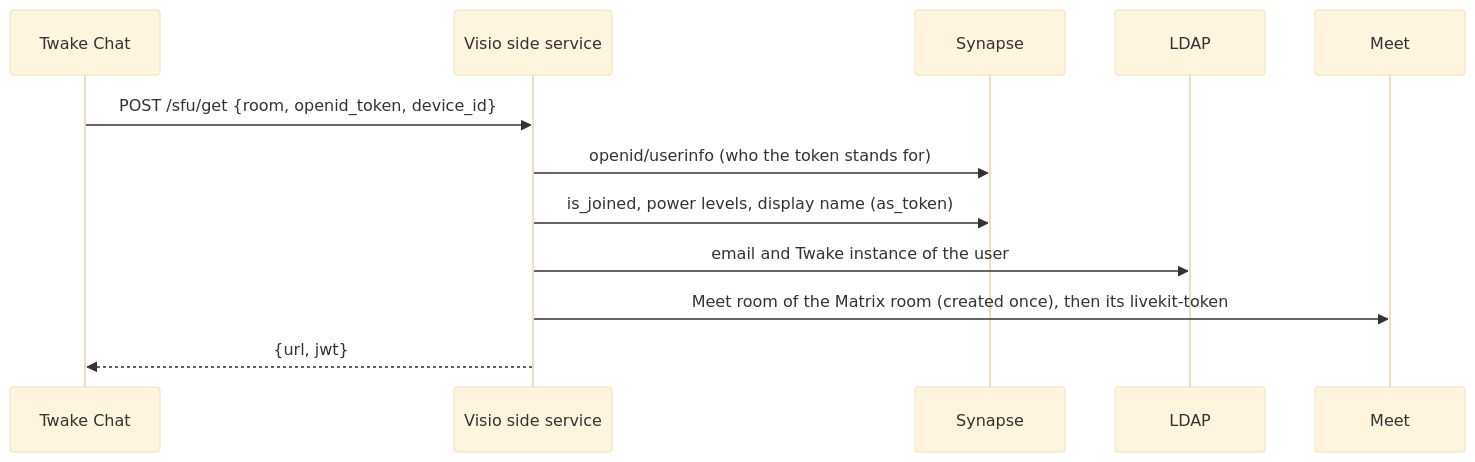
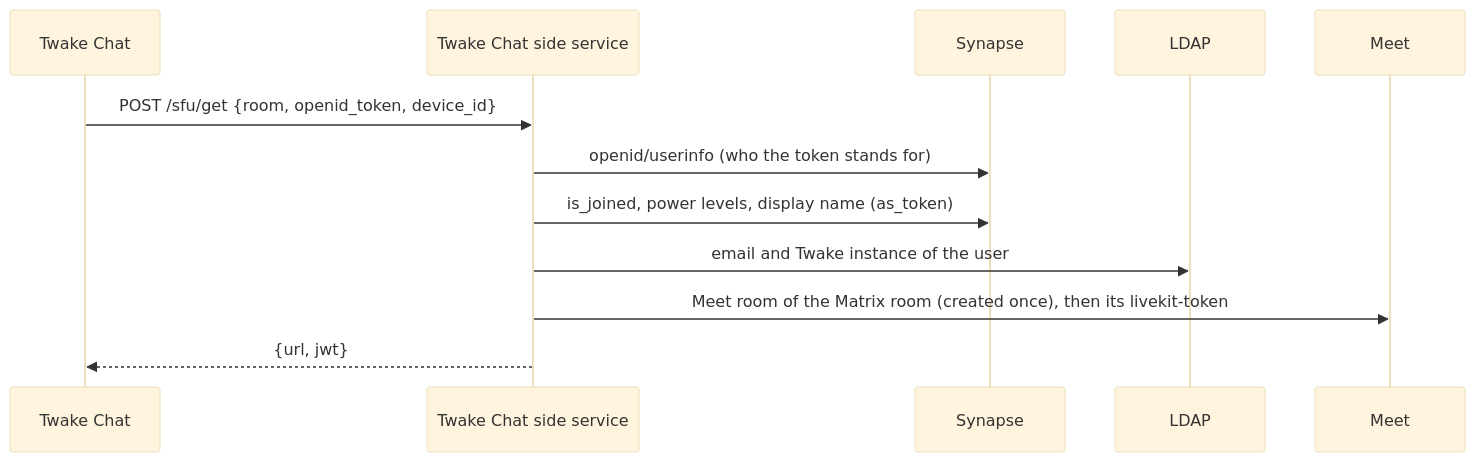
Before and after one commit to 9clg6/twake-chat-side-service: the diagram in docs/deploy.md, drawn with Mermaid (base theme). The commit also changed other lines of this file and 6 other files, not shown here.

Commit message:
chore: rename the service to twake-chat-side-service

````diff
--- a/docs/deploy.md
+++ b/docs/deploy.md
@@ -9,14 +9,14 @@
 ```mermaid
 sequenceDiagram
     participant C as Twake Chat
-    participant V as Visio side service
+    participant V as Twake Chat side service
     participant S as Synapse
     participant L as LDAP
     participant M as Meet
     C->>V: POST /sfu/get {room, openid_token, device_id}
     V->>S: openid/userinfo (who the token stands for)
     V->>S: is_joined, power levels, display name (as_token)
     V->>L: email and Twake instance of the user
     V->>M: Meet room of the Matrix room (created once), then its livekit-token
     V-->>C: {url, jwt}
 ```
````
